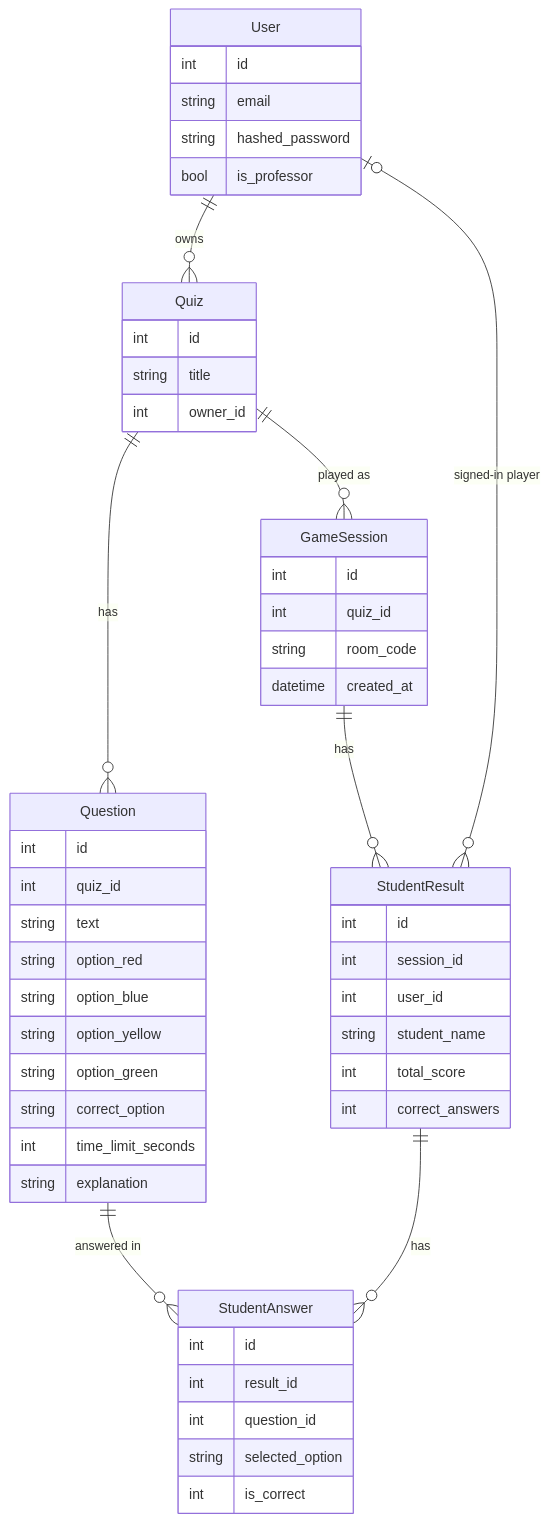
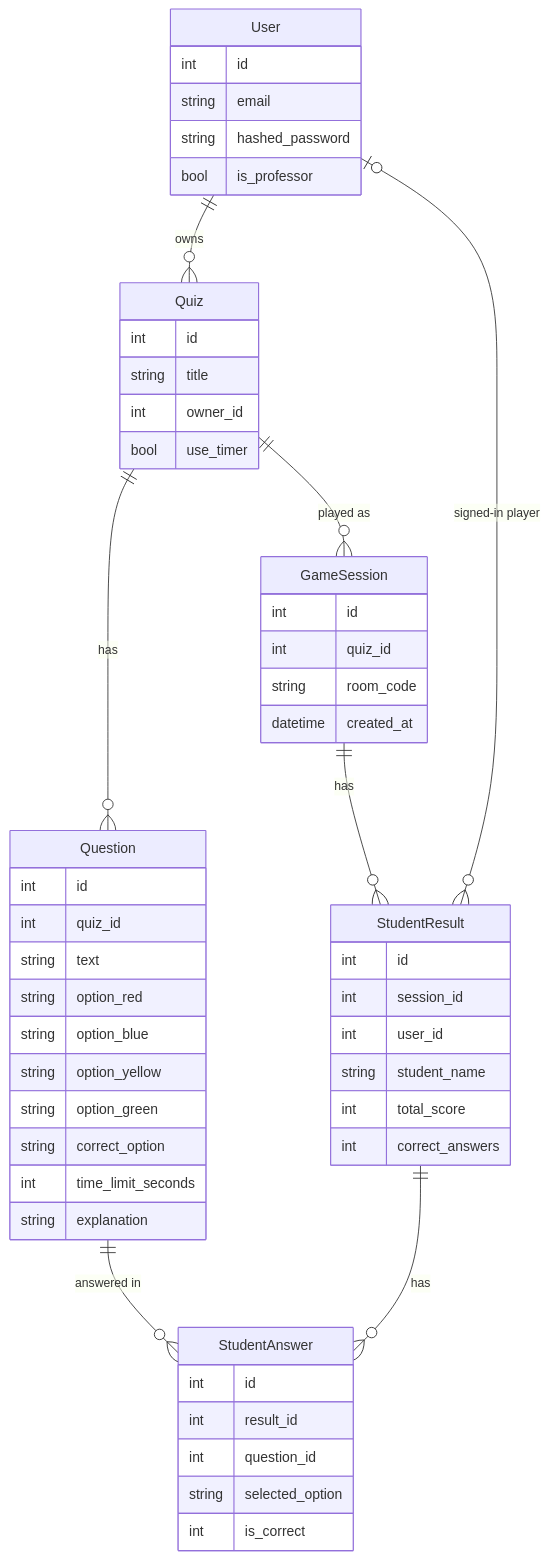
One commit to amberkar-harsh-02/Quiz-app changed the third of 3 diagrams in docs/HOW-IT-WORKS.md. Above: the diagram before and after it, drawn with Mermaid. The commit also changed other lines of this file and 15 other files, not shown here.

````diff
--- a/docs/HOW-IT-WORKS.md
+++ b/docs/HOW-IT-WORKS.md
@@ -217,55 +229,56 @@
 ```mermaid
 erDiagram
     User ||--o{ Quiz : owns
     Quiz ||--o{ Question : has
     Quiz ||--o{ GameSession : "played as"
     GameSession ||--o{ StudentResult : has
     User |o--o{ StudentResult : "signed-in player"
     StudentResult ||--o{ StudentAnswer : has
     Question ||--o{ StudentAnswer : "answered in"
 
     User {
         int id
         string email
         string hashed_password
         bool is_professor
     }
     Quiz {
         int id
         string title
         int owner_id
+        bool use_timer
     }
     Question {
         int id
         int quiz_id
         string text
         string option_red
         string option_blue
         string option_yellow
         string option_green
         string correct_option
         int time_limit_seconds
         string explanation
     }
     GameSession {
         int id
         int quiz_id
         string room_code
         datetime created_at
     }
     StudentResult {
         int id
         int session_id
         int user_id
         string student_name
         int total_score
         int correct_answers
     }
     StudentAnswer {
         int id
         int result_id
         int question_id
         string selected_option
         int is_correct
     }
 ```
````
